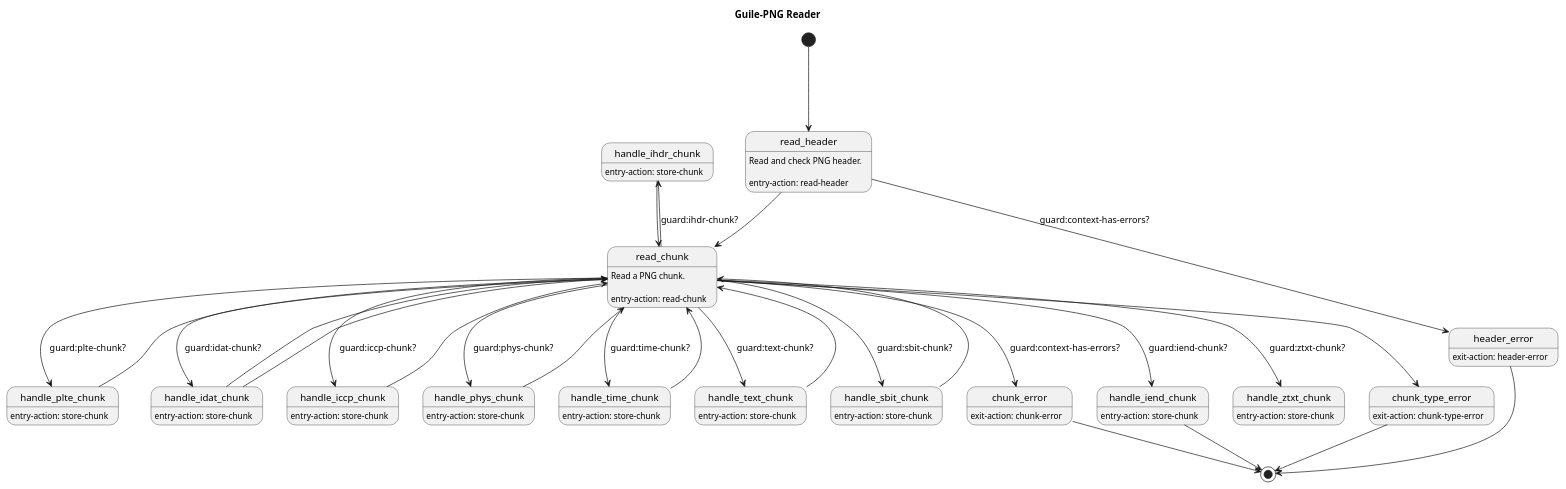
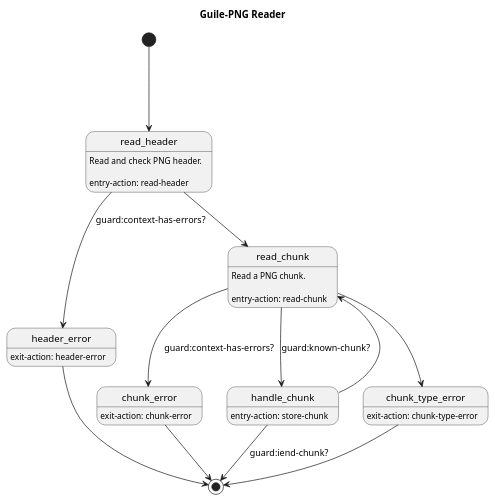
The diagram in modules/png/fsm.puml (artyom-poptsov/guile-png), drawn with PlantUML before and after one commit. The commit also changed 1 other file, not shown here.

```diff
--- a/modules/png/fsm.puml
+++ b/modules/png/fsm.puml
@@ -1,68 +1,33 @@
 @startuml
 
 title Guile-PNG Reader
 
 [*] ---> read_header
 
 read_header: Read and check PNG header.
 read_header:
 read_header: entry-action: read-header
 read_header --> header_error: guard:context-has-errors?
 read_header --> read_chunk
 
 header_error: exit-action: header-error
 header_error --> [*]
 
 read_chunk: Read a PNG chunk.
 read_chunk:
 read_chunk: entry-action: read-chunk
 read_chunk --> chunk_error: guard:context-has-errors?
-read_chunk --> handle_ihdr_chunk: guard:ihdr-chunk?
-read_chunk --> handle_plte_chunk: guard:plte-chunk?
-read_chunk --> handle_idat_chunk: guard:idat-chunk?
-read_chunk --> handle_iend_chunk: guard:iend-chunk?
-read_chunk --> handle_ztxt_chunk: guard:ztxt-chunk?
-read_chunk --> handle_iccp_chunk: guard:iccp-chunk?
-read_chunk --> handle_phys_chunk: guard:phys-chunk?
-read_chunk --> handle_time_chunk: guard:time-chunk?
-read_chunk --> handle_text_chunk: guard:text-chunk?
-read_chunk --> handle_sbit_chunk: guard:sbit-chunk?
+read_chunk --> handle_chunk: guard:known-chunk?
 read_chunk --> chunk_type_error
 
-handle_ihdr_chunk: entry-action: store-chunk
-handle_ihdr_chunk -> read_chunk
-
-handle_plte_chunk: entry-action: store-chunk
-handle_plte_chunk -> read_chunk
-
-handle_idat_chunk: entry-action: store-chunk
-handle_idat_chunk -> read_chunk
-
-handle_ztxt_chunk: entry-action: store-chunk
-handle_idat_chunk -> read_chunk
-
-handle_iend_chunk: entry-action: store-chunk
-handle_iend_chunk --> [*]
-
-handle_iccp_chunk: entry-action: store-chunk
-handle_iccp_chunk -> read_chunk
-
-handle_phys_chunk: entry-action: store-chunk
-handle_phys_chunk -> read_chunk
-
-handle_time_chunk: entry-action: store-chunk
-handle_time_chunk -> read_chunk
-
-handle_text_chunk: entry-action: store-chunk
-handle_text_chunk -> read_chunk
-
-handle_sbit_chunk: entry-action: store-chunk
-handle_sbit_chunk -> read_chunk
+handle_chunk: entry-action: store-chunk
+handle_chunk --> [*]: guard:iend-chunk?
+handle_chunk --> read_chunk
 
 chunk_type_error: exit-action: chunk-type-error
 chunk_type_error --> [*]
 
 chunk_error: exit-action: chunk-error
 chunk_error --> [*]
 
 @enduml
```
